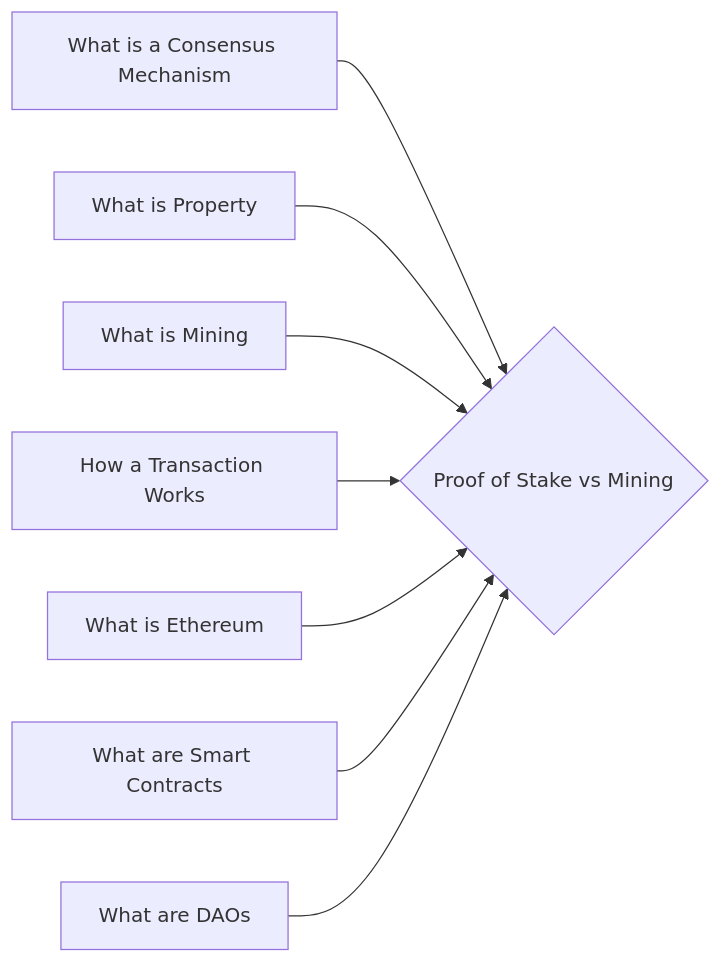
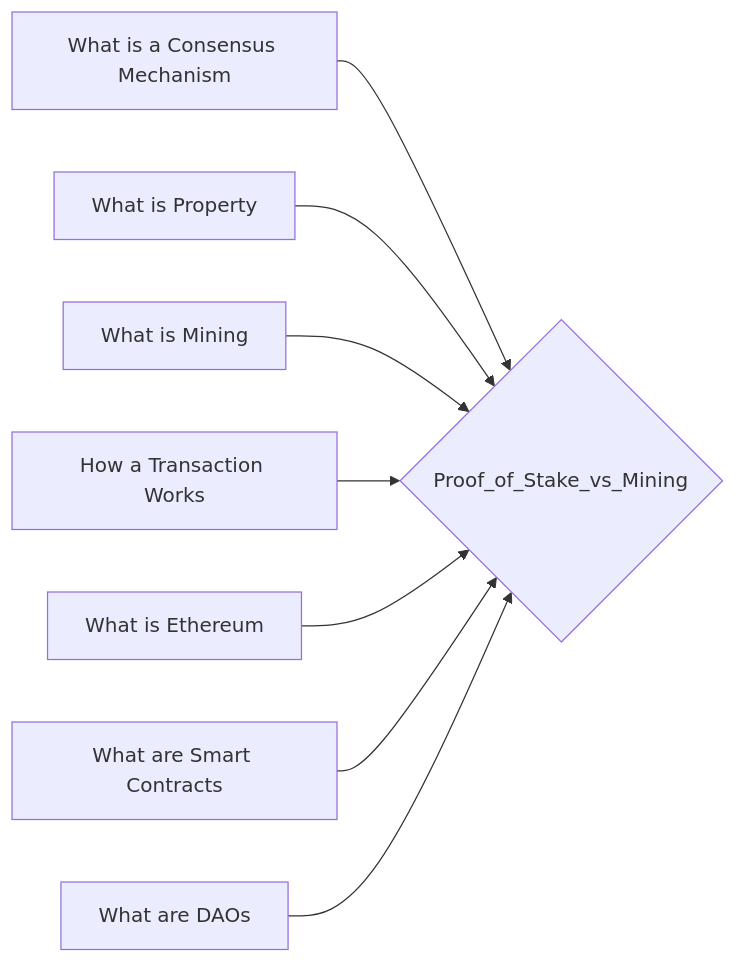
The diagram in notes/Proof_of_Stake_vs_Mining.md (lpurdy01/crypto-knowledge-map), drawn with Mermaid before and after one commit. The commit also changed 161 other files, not shown here.

````diff
--- a/notes/Proof_of_Stake_vs_Mining.md
+++ b/notes/Proof_of_Stake_vs_Mining.md
@@ -24,10 +24,10 @@
 ```mermaid
 graph LR
-1["What is a Consensus Mechanism"]-->0{"Proof of Stake vs Mining"}
-2["What is Property"]-->0{"Proof of Stake vs Mining"}
-3["What is Mining"]-->0{"Proof of Stake vs Mining"}
-4["How a Transaction Works"]-->0{"Proof of Stake vs Mining"}
-5["What is Ethereum"]-->0{"Proof of Stake vs Mining"}
-6["What are Smart Contracts"]-->0{"Proof of Stake vs Mining"}
-7["What are DAOs"]-->0{"Proof of Stake vs Mining"}
+1["What is a Consensus Mechanism"]-->0{"Proof_of_Stake_vs_Mining"}
+2["What is Property"]-->0{"Proof_of_Stake_vs_Mining"}
+3["What is Mining"]-->0{"Proof_of_Stake_vs_Mining"}
+4["How a Transaction Works"]-->0{"Proof_of_Stake_vs_Mining"}
+5["What is Ethereum"]-->0{"Proof_of_Stake_vs_Mining"}
+6["What are Smart Contracts"]-->0{"Proof_of_Stake_vs_Mining"}
+7["What are DAOs"]-->0{"Proof_of_Stake_vs_Mining"}
 ```
````
